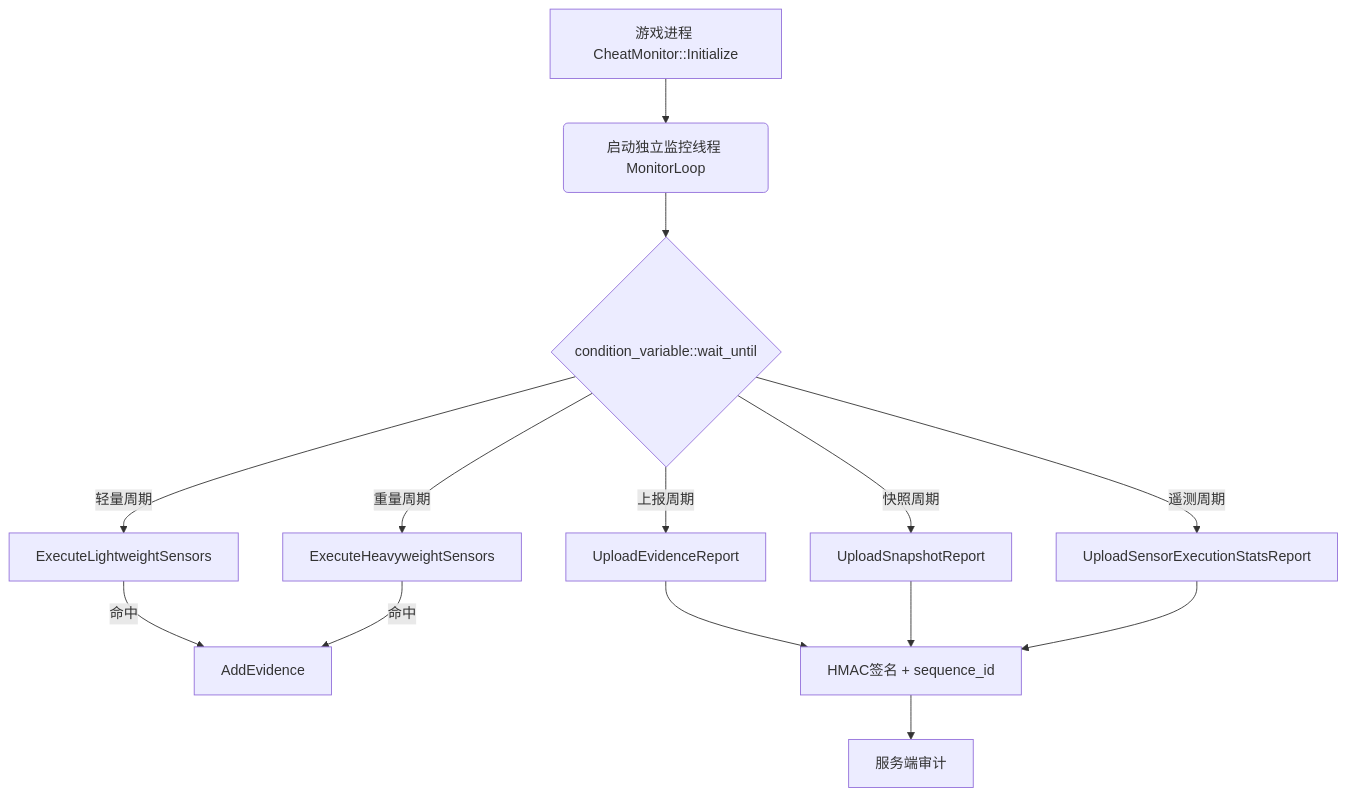
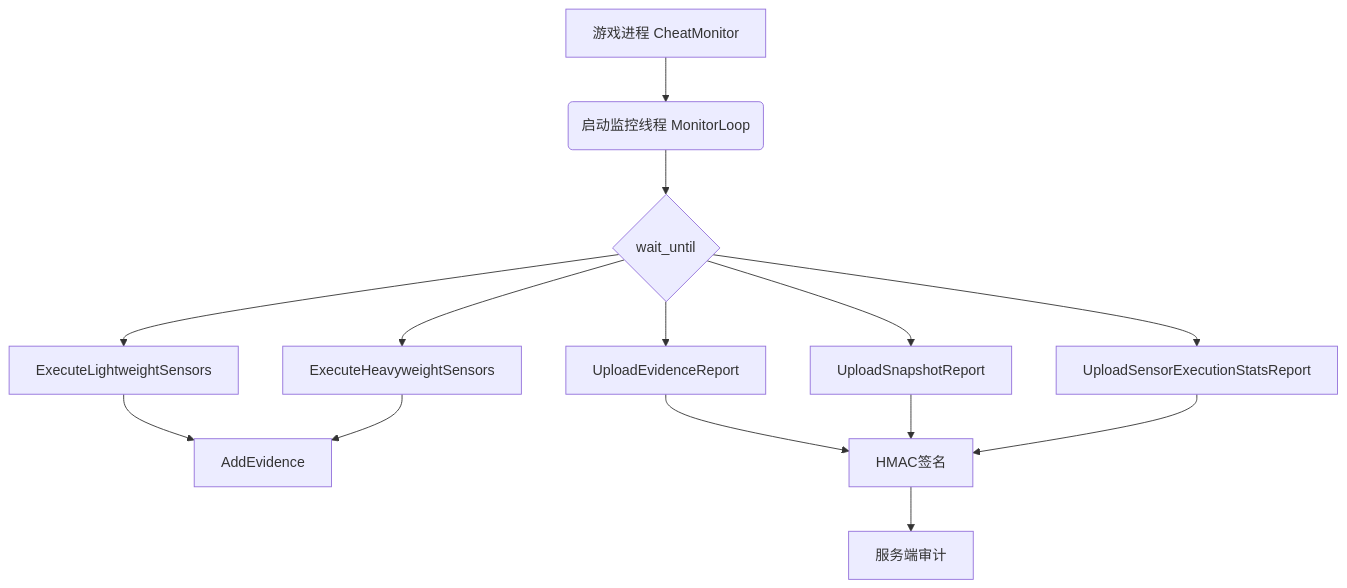
The first of 4 diagrams in docs/presentation_outline.md (williammuji/AntiCheat), drawn with Mermaid before and after one commit. The commit also changed other lines of this file, not shown here.

````diff
--- a/docs/presentation_outline.md
+++ b/docs/presentation_outline.md
@@ -77,13 +80,16 @@
 ```mermaid
 graph TD
-    A[游戏进程 CheatMonitor::Initialize] --> B(启动独立监控线程 MonitorLoop)
-    B --> C{condition_variable::wait_until}
-    C -->|轻量周期| S1[ExecuteLightweightSensors]
-    C -->|重量周期| S2[ExecuteHeavyweightSensors]
-    C -->|上报周期| R1[UploadEvidenceReport]
-    C -->|快照周期| R2[UploadSnapshotReport]
-    C -->|遥测周期| R3[UploadSensorExecutionStatsReport]
-    S1 & S2 -->|命中| E[AddEvidence]
-    R1 & R2 & R3 --> Sign[HMAC签名 + sequence_id]
+    A[游戏进程 CheatMonitor] --> B(启动监控线程 MonitorLoop)
+    B --> C{wait_until}
+    C --> S1[ExecuteLightweightSensors]
+    C --> S2[ExecuteHeavyweightSensors]
+    C --> R1[UploadEvidenceReport]
+    C --> R2[UploadSnapshotReport]
+    C --> R3[UploadSensorExecutionStatsReport]
+    S1 --> E[AddEvidence]
+    S2 --> E[AddEvidence]
+    R1 --> Sign[HMAC签名]
+    R2 --> Sign[HMAC签名]
+    R3 --> Sign[HMAC签名]
     Sign --> Server[服务端审计]
 ```
````
